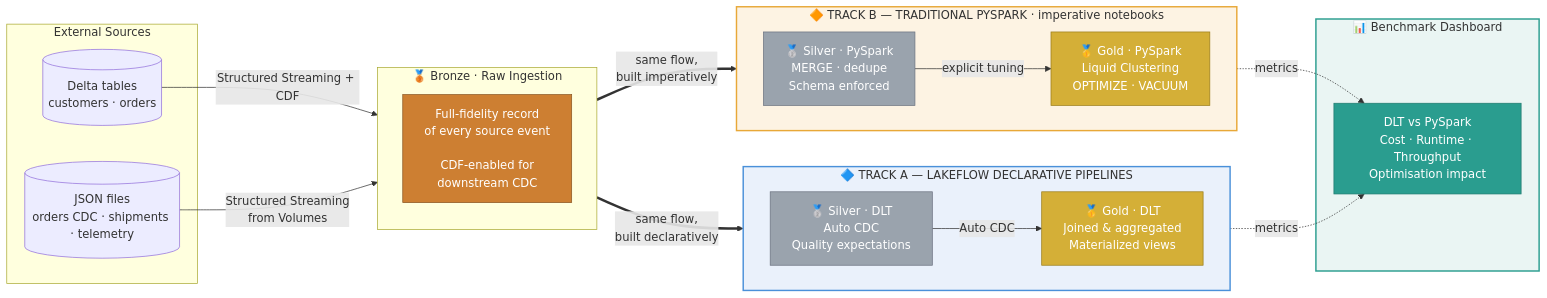
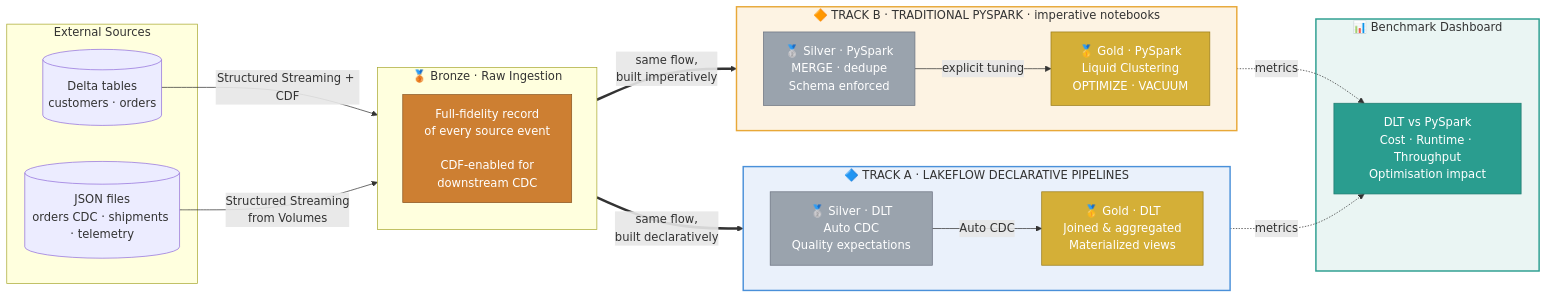
One commit to schmucas/databricks_de_professional_practice changed the second of 5 diagrams in README.md. Above: the diagram before and after it, drawn with Mermaid. The commit also changed other lines of this file and 2 other files, not shown here.

````diff
--- a/README.md
+++ b/README.md
@@ -120,50 +142,50 @@
 ```mermaid
 flowchart LR
     subgraph Sources["External Sources"]
         S1[("Delta tables<br/>customers · orders")]
         S2[("JSON files<br/>orders CDC · shipments · telemetry")]
     end
 
     subgraph Bronze["🥉 Bronze · Raw Ingestion"]
         B["Full-fidelity record<br/>of every source event<br/><br/>CDF-enabled for<br/>downstream CDC"]
     end
 
-    subgraph dlt_track["🔷 TRACK A — LAKEFLOW DECLARATIVE PIPELINES"]
+    subgraph dlt_track["🔷 TRACK A · LAKEFLOW DECLARATIVE PIPELINES"]
         direction LR
         SV1["🥈 Silver · DLT<br/>Auto CDC<br/>Quality expectations"]
         G1["🥇 Gold · DLT<br/>Joined & aggregated<br/>Materialized views"]
         SV1 -->|"Auto CDC"| G1
     end
 
-    subgraph psp_track["🔶 TRACK B — TRADITIONAL PYSPARK · imperative notebooks"]
+    subgraph psp_track["🔶 TRACK B · TRADITIONAL PYSPARK · imperative notebooks"]
         direction LR
         SV2["🥈 Silver · PySpark<br/>MERGE · dedupe<br/>Schema enforced"]
         G2["🥇 Gold · PySpark<br/>Liquid Clustering<br/>OPTIMIZE · VACUUM"]
         SV2 -->|"explicit tuning"| G2
     end
 
     subgraph bench["📊 Benchmark Dashboard"]
         CMP["DLT vs PySpark<br/>Cost · Runtime · Throughput<br/>Optimisation impact"]
     end
 
     S1 -->|"Structured Streaming + CDF"| Bronze
     S2 -->|"Structured Streaming<br/>from Volumes"| Bronze
     Bronze ==>|"same flow,<br/>built declaratively"| SV1
     Bronze ==>|"same flow,<br/>built imperatively"| SV2
     G1 -.->|"metrics"| CMP
     G2 -.->|"metrics"| CMP
 
     classDef bronze fill:#cd7f32,stroke:#8a5522,color:#fff
     classDef silver fill:#9aa3ad,stroke:#6b7280,color:#fff
     classDef gold   fill:#d4af37,stroke:#9a7d1a,color:#fff
     classDef bench  fill:#2a9d8f,stroke:#1f7a6f,color:#fff
 
     class B bronze
     class SV1,SV2 silver
     class G1,G2 gold
     class CMP bench
 
     style dlt_track fill:#eaf1fb,stroke:#4a90d9,stroke-width:2px
     style psp_track fill:#fdf3e3,stroke:#e8a838,stroke-width:2px
     style bench     fill:#eaf5f3,stroke:#2a9d8f,stroke-width:2px
 ```
````
